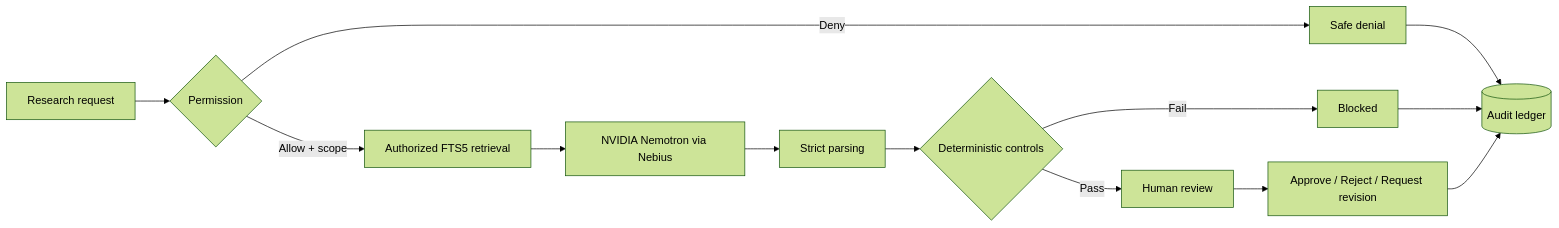
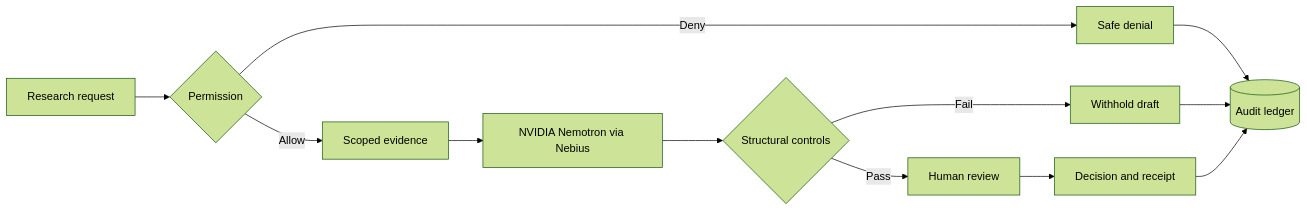
The diagram in README.md (NaveenGali11/MatterGate), drawn with Mermaid (forest theme) before and after one commit. The commit also changed other lines of this file and 22 other files, not shown here.

````diff
--- a/README.md
+++ b/README.md
@@ -158,15 +73,14 @@
-~~~mermaid
+```mermaid
 flowchart LR
-    U[Research request] --> P{Permission}
-    P -->|Deny| X[Safe denial]
-    P -->|Allow + scope| R[Authorized FTS5 retrieval]
-    R --> M[NVIDIA Nemotron via Nebius]
-    M --> J[Strict parsing]
-    J --> C{Deterministic controls}
-    C -->|Fail| B[Blocked]
+    Q[Research request] --> P{Permission}
+    P -->|Deny| D[Safe denial]
+    P -->|Allow| E[Scoped evidence]
+    E --> M[NVIDIA Nemotron via Nebius]
+    M --> C{Structural controls}
+    C -->|Fail| B[Withhold draft]
     C -->|Pass| H[Human review]
-    H --> A[Approve / Reject / Request revision]
-    X --> L[(Audit ledger)]
-    B --> L
-    A --> L
-~~~
+    H --> R[Decision and receipt]
+    D --> A[(Audit ledger)]
+    B --> A
+    R --> A
+```
````
